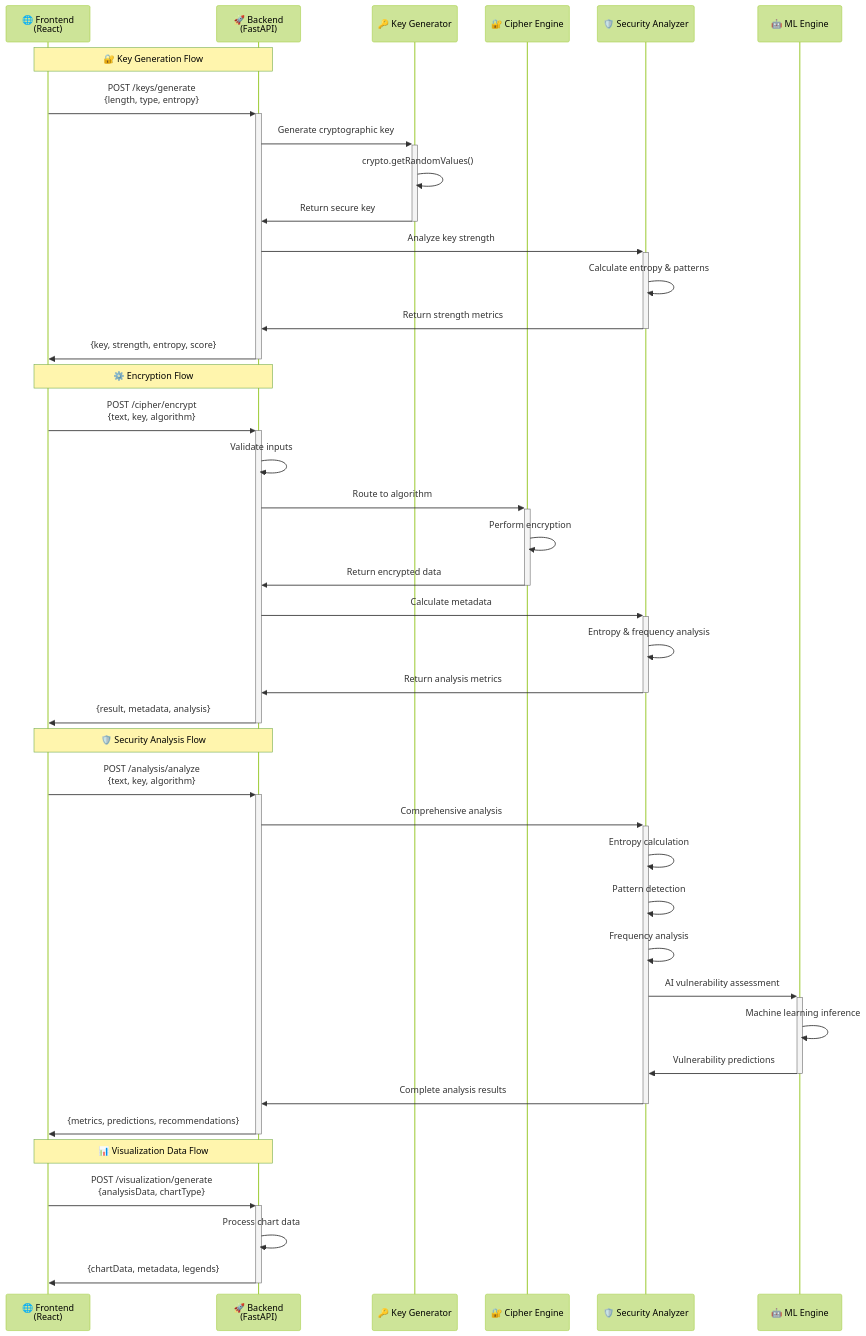
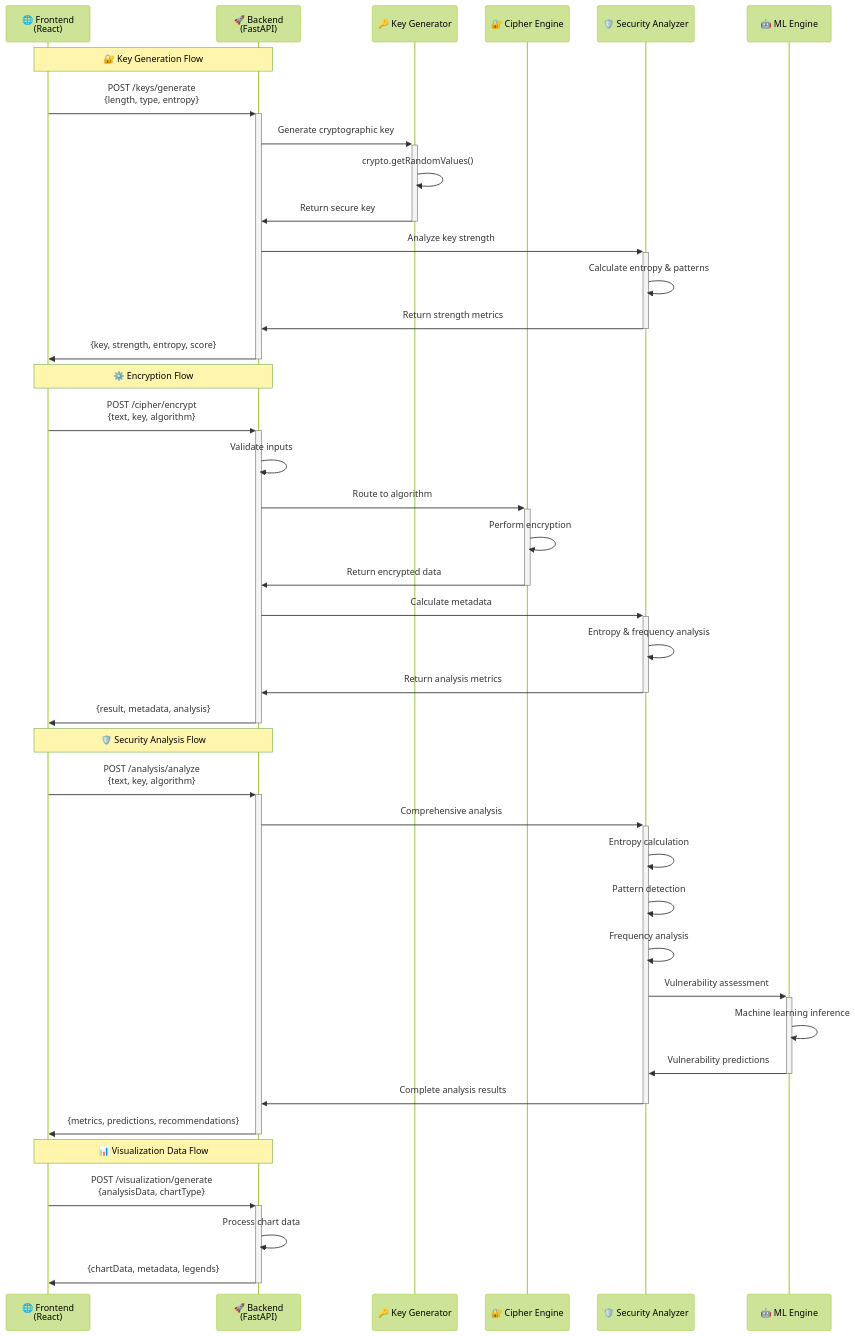
One commit to anirudh-tyagi/ai-cyber-cypher changed the second of 2 diagrams in TECHNICAL_DOCUMENTATION.md. Above: the diagram before and after it, drawn with Mermaid (forest theme). The commit also changed other lines of this file and 2 other files, not shown here.

````diff
--- a/TECHNICAL_DOCUMENTATION.md
+++ b/TECHNICAL_DOCUMENTATION.md
@@ -899,47 +899,47 @@
 ```mermaid
 sequenceDiagram
     participant FE as 🌐 Frontend<br/>(React)
     participant API as 🚀 Backend<br/>(FastAPI)
     participant KG as 🔑 Key Generator
     participant CE as 🔐 Cipher Engine
     participant SA as 🛡️ Security Analyzer
     participant ML as 🤖 ML Engine
 
     Note over FE,API: 🔐 Key Generation Flow
     FE->>+API: POST /keys/generate<br/>{length, type, entropy}
     API->>+KG: Generate cryptographic key
     KG->>KG: crypto.getRandomValues()
     KG->>-API: Return secure key
     API->>+SA: Analyze key strength
     SA->>SA: Calculate entropy & patterns
     SA->>-API: Return strength metrics
     API->>-FE: {key, strength, entropy, score}
 
     Note over FE,API: ⚙️ Encryption Flow
     FE->>+API: POST /cipher/encrypt<br/>{text, key, algorithm}
     API->>API: Validate inputs
     API->>+CE: Route to algorithm
     CE->>CE: Perform encryption
     CE->>-API: Return encrypted data
     API->>+SA: Calculate metadata
     SA->>SA: Entropy & frequency analysis
     SA->>-API: Return analysis metrics
     API->>-FE: {result, metadata, analysis}
 
     Note over FE,API: 🛡️ Security Analysis Flow
     FE->>+API: POST /analysis/analyze<br/>{text, key, algorithm}
     API->>+SA: Comprehensive analysis
     SA->>SA: Entropy calculation
     SA->>SA: Pattern detection
     SA->>SA: Frequency analysis
-    SA->>+ML: AI vulnerability assessment
+    SA->>+ML: Vulnerability assessment
     ML->>ML: Machine learning inference
     ML->>-SA: Vulnerability predictions
     SA->>-API: Complete analysis results
     API->>-FE: {metrics, predictions, recommendations}
 
     Note over FE,API: 📊 Visualization Data Flow
     FE->>+API: POST /visualization/generate<br/>{analysisData, chartType}
     API->>API: Process chart data
     API->>-FE: {chartData, metadata, legends}
 ```
````
